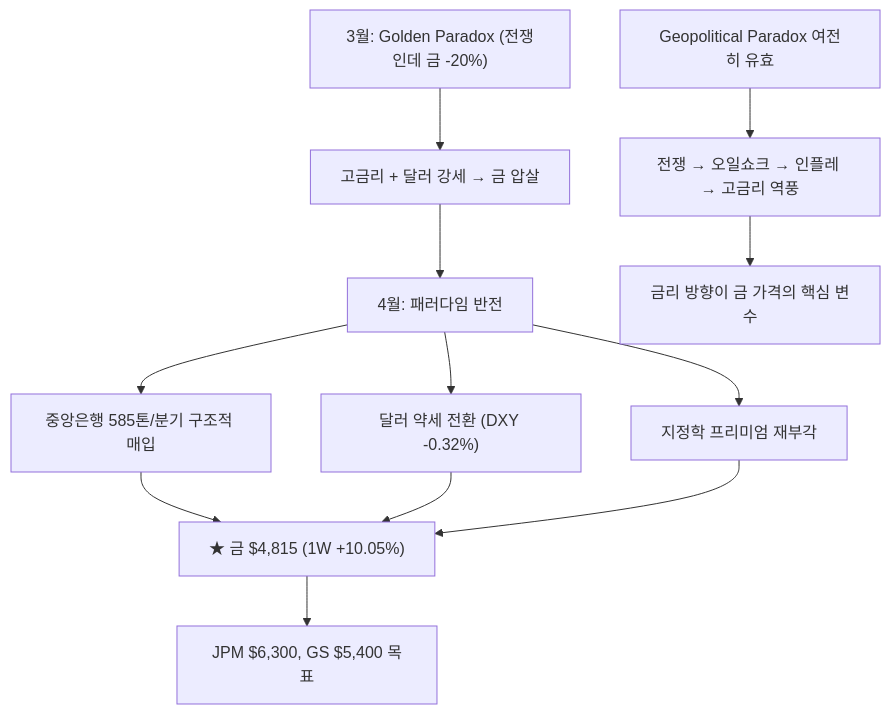
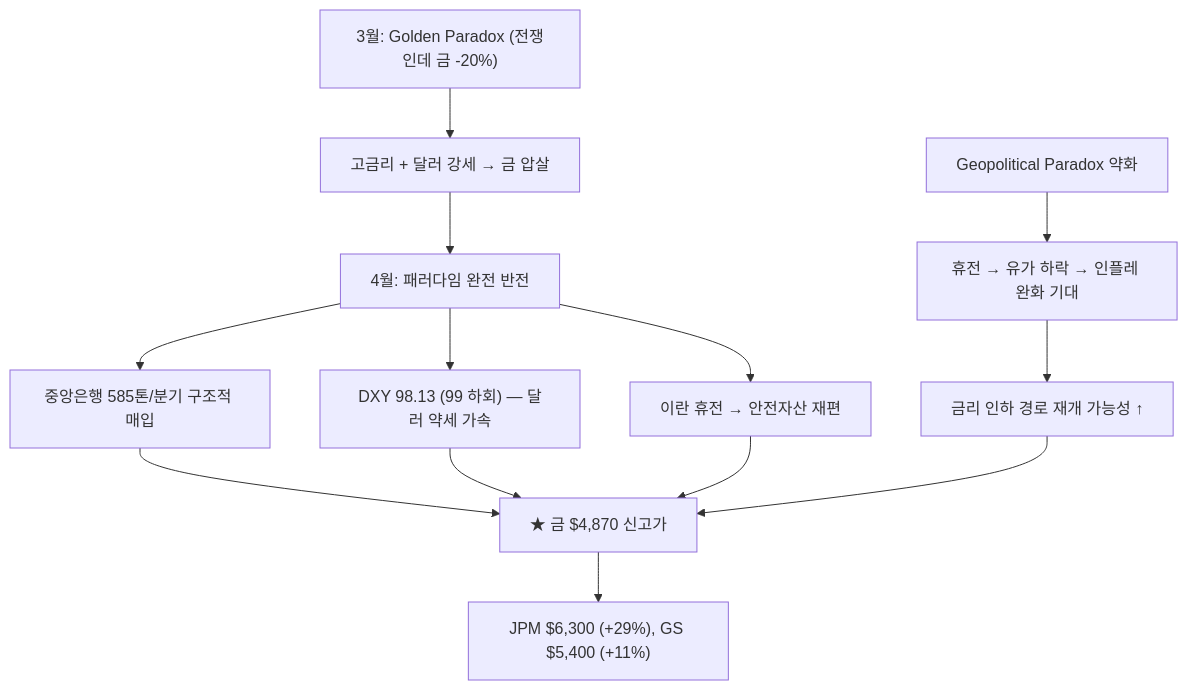
Before and after one commit to dss99911/dss99911.github.io: the second of 9 diagrams in _posts/knowledge/invest/2026-01-12-macroeconomic-policy-sector-outlook-2026.md, drawn with Mermaid. The commit also changed other lines of this file and 2 other files, not shown here.

````diff
--- a/_posts/knowledge/invest/2026-01-12-macroeconomic-policy-sector-outlook-2026.md
+++ b/_posts/knowledge/invest/2026-01-12-macroeconomic-policy-sector-outlook-2026.md
@@ -95,14 +117,15 @@
 ```mermaid
 graph TD
     A["3월: Golden Paradox #40;전쟁인데 금 -20%#41;"] --> B["고금리 + 달러 강세 → 금 압살"]
-    B --> C["4월: 패러다임 반전"]
+    B --> C["4월: 패러다임 완전 반전"]
     C --> D["중앙은행 585톤/분기 구조적 매입"]
-    C --> E["달러 약세 전환 #40;DXY -0.32%#41;"]
-    C --> F["지정학 프리미엄 재부각"]
-    D --> G["★ 금 $4,815 #40;1W +10.05%#41;"]
+    C --> E["DXY 98.13 #40;99 하회#41; — 달러 약세 가속"]
+    C --> F["이란 휴전 → 안전자산 재편"]
+    D --> G["★ 금 $4,870 신고가"]
     E --> G
     F --> G
-    G --> H["JPM $6,300, GS $5,400 목표"]
-    I["Geopolitical Paradox 여전히 유효"] --> J["전쟁 → 오일쇼크 → 인플레 → 고금리 역풍"]
-    J --> K["금리 방향이 금 가격의 핵심 변수"]
+    G --> H["JPM $6,300 #40;+29%#41;, GS $5,400 #40;+11%#41;"]
+    I["Geopolitical Paradox 약화"] --> J["휴전 → 유가 하락 → 인플레 완화 기대"]
+    J --> K["금리 인하 경로 재개 가능성 ↑"]
+    K --> G
 ```
````
